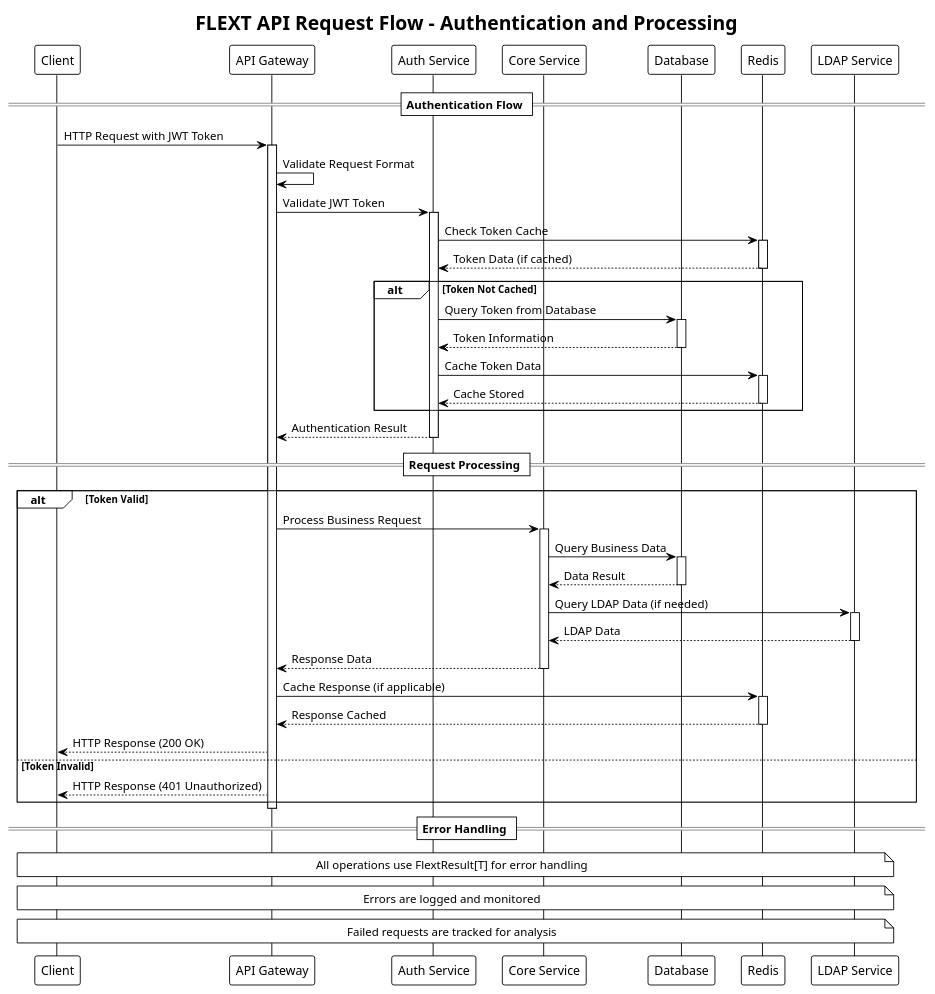
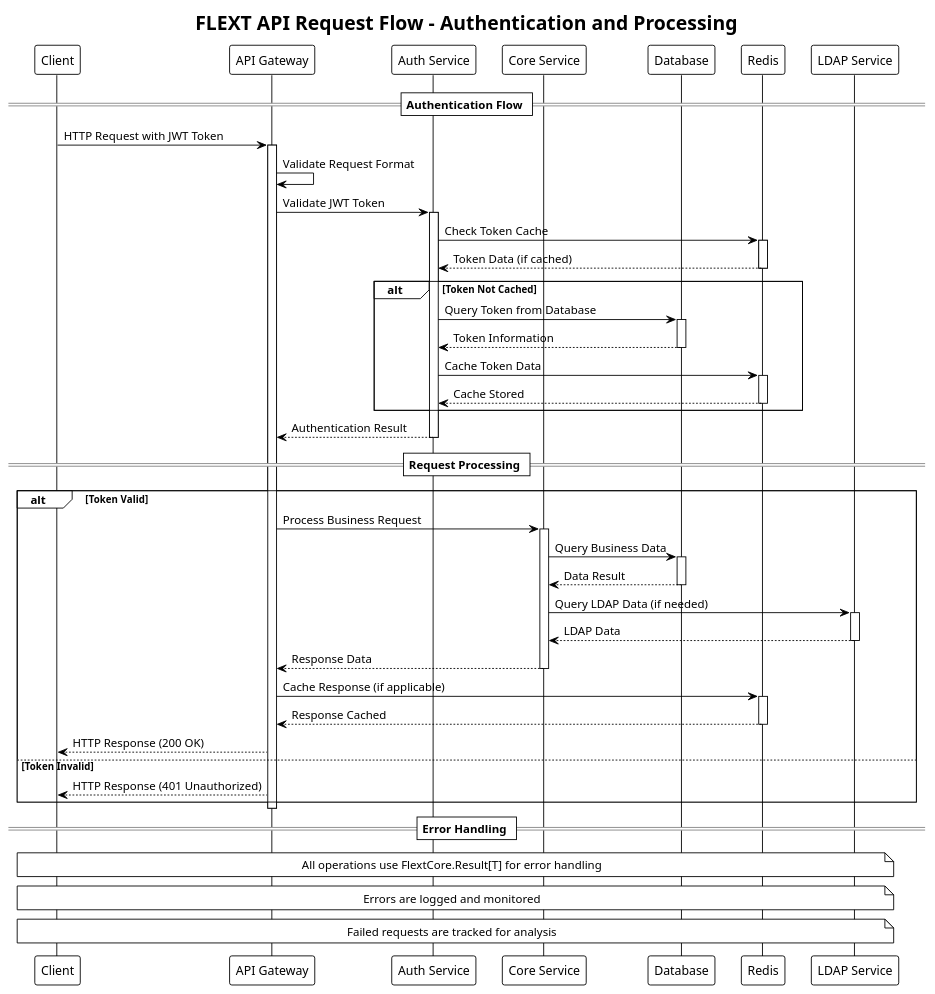
One commit to flext-sh/flext changed the diagram in docs/architecture/plantuml/sequence-diagrams/api-request-flow.puml. Above: the diagram before and after it, drawn with PlantUML. The commit also changed 204 other files, not shown here.

```diff
--- a/docs/architecture/plantuml/sequence-diagrams/api-request-flow.puml
+++ b/docs/architecture/plantuml/sequence-diagrams/api-request-flow.puml
@@ -1,76 +1,76 @@
 @startuml API Request Flow
 !theme plain
 title FLEXT API Request Flow - Authentication and Processing
 
 participant "Client" as C
 participant "API Gateway" as AG
 participant "Auth Service" as AUTH
 participant "Core Service" as CORE
 participant "Database" as DB
 participant "Redis" as REDIS
 participant "LDAP Service" as LDAP
 
 == Authentication Flow ==
 C -> AG: HTTP Request with JWT Token
 activate AG
 
 AG -> AG: Validate Request Format
 AG -> AUTH: Validate JWT Token
 activate AUTH
 
 AUTH -> REDIS: Check Token Cache
 activate REDIS
 REDIS --> AUTH: Token Data (if cached)
 deactivate REDIS
 
 alt Token Not Cached
     AUTH -> DB: Query Token from Database
     activate DB
     DB --> AUTH: Token Information
     deactivate DB
     
     AUTH -> REDIS: Cache Token Data
     activate REDIS
     REDIS --> AUTH: Cache Stored
     deactivate REDIS
 end
 
 AUTH --> AG: Authentication Result
 deactivate AUTH
 
 == Request Processing ==
 alt Token Valid
     AG -> CORE: Process Business Request
     activate CORE
     
     CORE -> DB: Query Business Data
     activate DB
     DB --> CORE: Data Result
     deactivate DB
     
     CORE -> LDAP: Query LDAP Data (if needed)
     activate LDAP
     LDAP --> CORE: LDAP Data
     deactivate LDAP
     
     CORE --> AG: Response Data
     deactivate CORE
     
     AG -> REDIS: Cache Response (if applicable)
     activate REDIS
     REDIS --> AG: Response Cached
     deactivate REDIS
     
     AG --> C: HTTP Response (200 OK)
 else Token Invalid
     AG --> C: HTTP Response (401 Unauthorized)
 end
 
 deactivate AG
 
 == Error Handling ==
-note over C, LDAP: All operations use FlextResult[T] for error handling
+note over C, LDAP: All operations use FlextCore.Result[T] for error handling
 note over C, LDAP: Errors are logged and monitored
 note over C, LDAP: Failed requests are tracked for analysis
 
 @enduml
```
